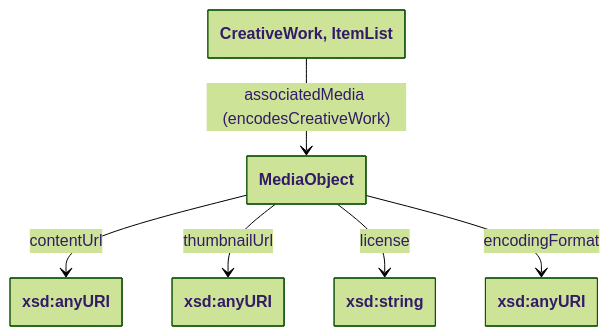
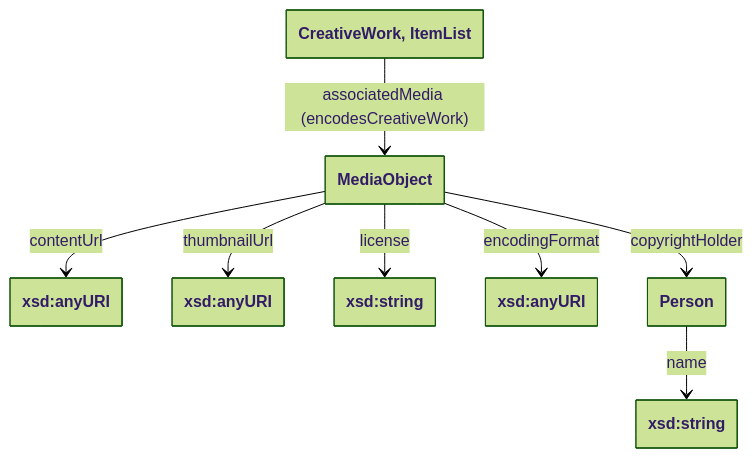
The fourth of 7 diagrams in README.md (collectienederland/schema-profile), drawn with Mermaid before and after one commit. The commit also changed other lines of this file, not shown here.

````diff
--- a/README.md
+++ b/README.md
@@ -179,20 +157,24 @@
 ```mermaid
 ---
   config:
     theme: forest
     class:
       hideEmptyMembersBox: true
 ---
 classDiagram
 class creativework["CreativeWork, ItemList"]
 class lit_10["xsd:anyURI"]
 class lit_11["xsd:anyURI"]
 class lit_12["xsd:string"]
 class lit_23["xsd:anyURI"]
+class cpholder["Person"]
+class lit_30["xsd:string"]
 class mediaobject["MediaObject"]
 creativework --> mediaobject: associatedMedia (encodesCreativeWork)
 mediaobject --> lit_10: contentUrl
 mediaobject --> lit_11: thumbnailUrl
 mediaobject --> lit_12: license
 mediaobject --> lit_23:encodingFormat
+mediaobject --> cpholder:copyrightHolder
+cpholder --> lit_30:name
 ```
````
